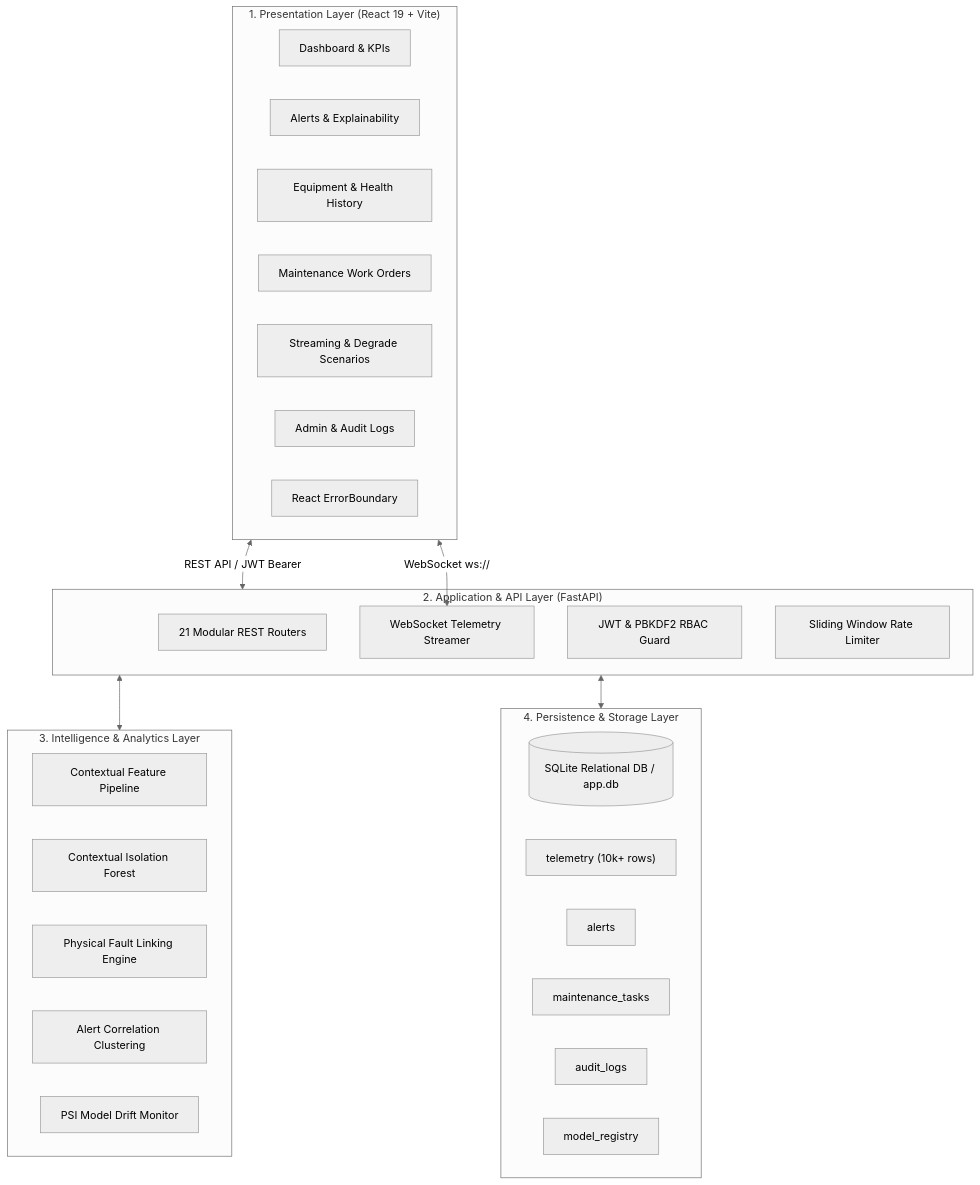
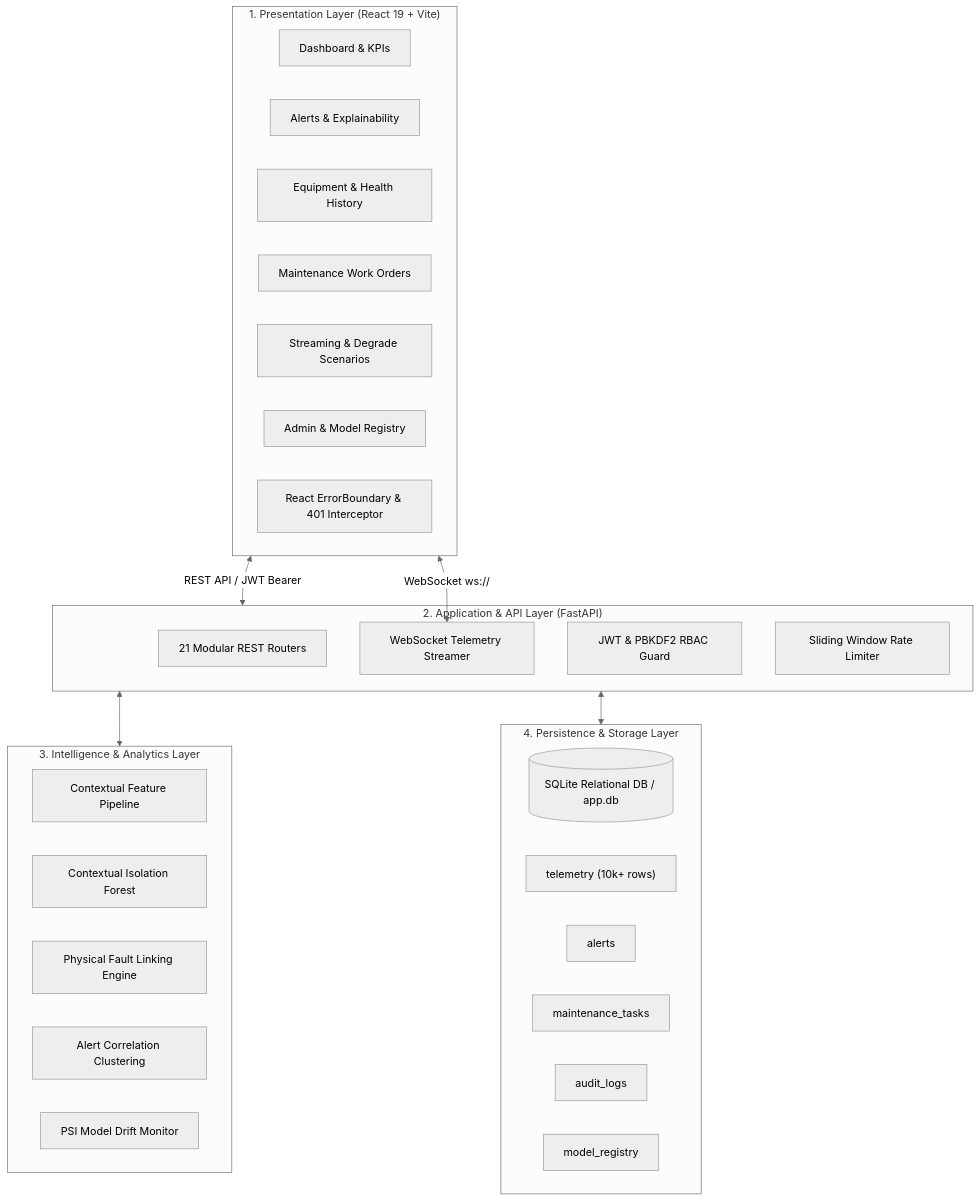
The first of 2 diagrams in reports/final_project_completion_report.md (kavidass8072/EnergyIQ), drawn with Mermaid (neutral theme) before and after one commit. The commit also changed other lines of this file, not shown here.

````diff
--- a/reports/final_project_completion_report.md
+++ b/reports/final_project_completion_report.md
@@ -51,41 +54,41 @@
 ```mermaid
 graph TD
     subgraph Tier1["1. Presentation Layer (React 19 + Vite)"]
         UI_Dash["Dashboard & KPIs"]
         UI_Alerts["Alerts & Explainability"]
         UI_Equip["Equipment & Health History"]
         UI_Maint["Maintenance Work Orders"]
         UI_Stream["Streaming & Degrade Scenarios"]
-        UI_Admin["Admin & Audit Logs"]
-        EB["React ErrorBoundary"]
+        UI_Admin["Admin & Model Registry"]
+        EB["React ErrorBoundary & 401 Interceptor"]
     end
 
     subgraph Tier2["2. Application & API Layer (FastAPI)"]
         Router["21 Modular REST Routers"]
         WS["WebSocket Telemetry Streamer"]
         AuthMid["JWT & PBKDF2 RBAC Guard"]
         RateLim["Sliding Window Rate Limiter"]
     end
 
     subgraph Tier3["3. Intelligence & Analytics Layer"]
         FeatEng["Contextual Feature Pipeline"]
         IsoForest["Contextual Isolation Forest"]
         FaultLink["Physical Fault Linking Engine"]
         Corr["Alert Correlation Clustering"]
         Drift["PSI Model Drift Monitor"]
     end
 
     subgraph Tier4["4. Persistence & Storage Layer"]
         DB[(SQLite Relational DB / app.db)]
         T_Telem["telemetry (10k+ rows)"]
         T_Alerts["alerts"]
         T_Maint["maintenance_tasks"]
         T_Audit["audit_logs"]
         T_Models["model_registry"]
     end
 
     Tier1 <-->|REST API / JWT Bearer| Tier2
     Tier1 <-->|WebSocket ws://| WS
     Tier2 <--> Tier3
     Tier2 <--> Tier4
 ```
````
